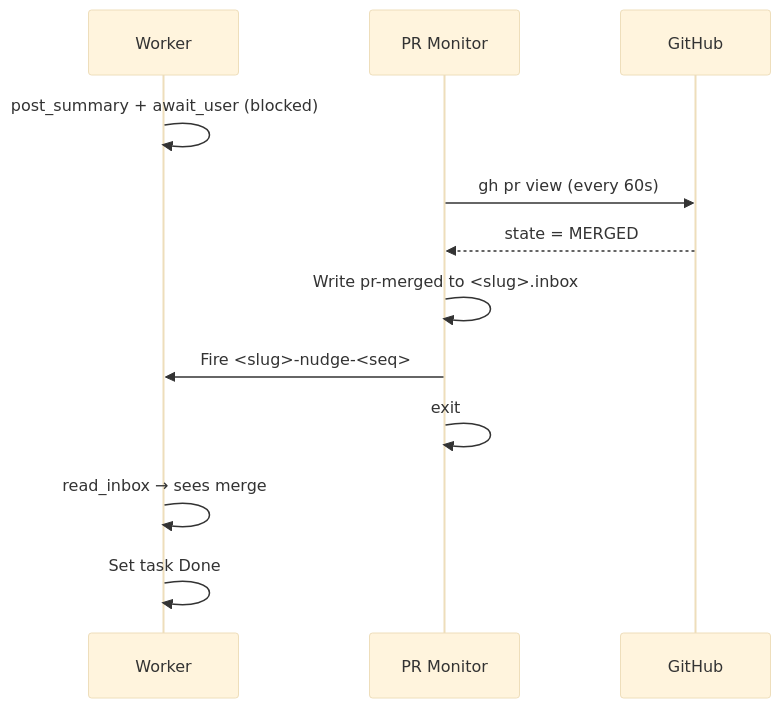
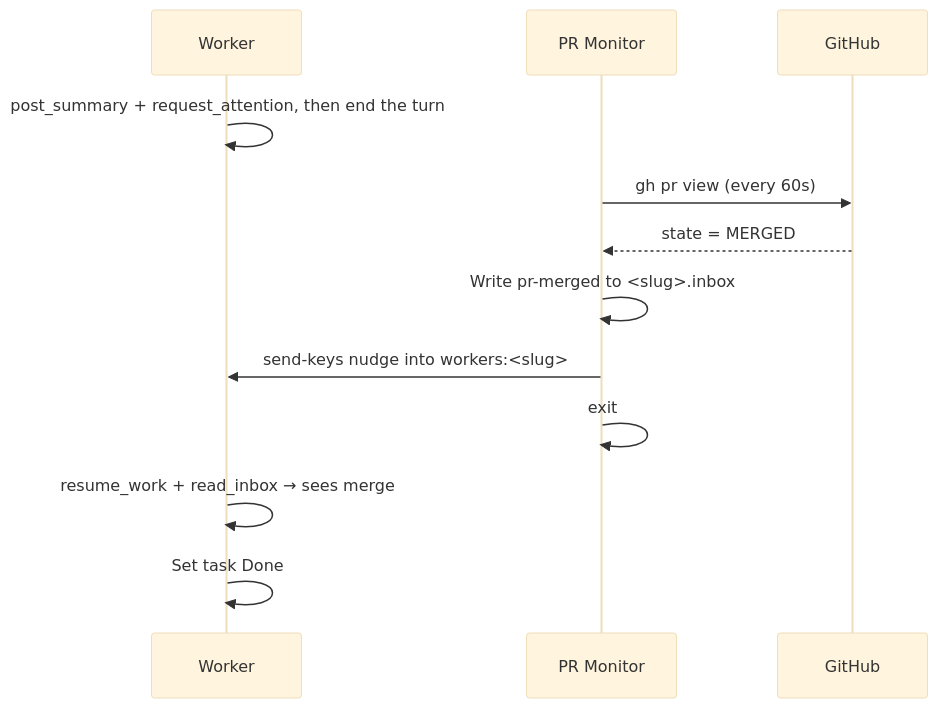
Before and after one commit to gara2000/agentmesh: the seventh of 9 diagrams in docs/agentic-workflow.md, drawn with Mermaid (base theme). The commit also changed other lines of this file and 29 other files, not shown here.

````diff
--- a/docs/agentic-workflow.md
+++ b/docs/agentic-workflow.md
@@ -433,15 +484,15 @@
 ```mermaid
 sequenceDiagram
     participant W as Worker
     participant PM as PR Monitor
     participant GH as GitHub
 
-    W->>W: post_summary + await_user (blocked)
+    W->>W: post_summary + request_attention, then end the turn
     PM->>GH: gh pr view (every 60s)
     GH-->>PM: state = MERGED
     PM->>PM: Write pr-merged to <slug>.inbox
-    PM->>W: Fire <slug>-nudge-<seq>
+    PM->>W: send-keys nudge into workers:<slug>
     PM->>PM: exit
-    W->>W: read_inbox → sees merge
+    W->>W: resume_work + read_inbox → sees merge
     W->>W: Set task Done
 ```
````
